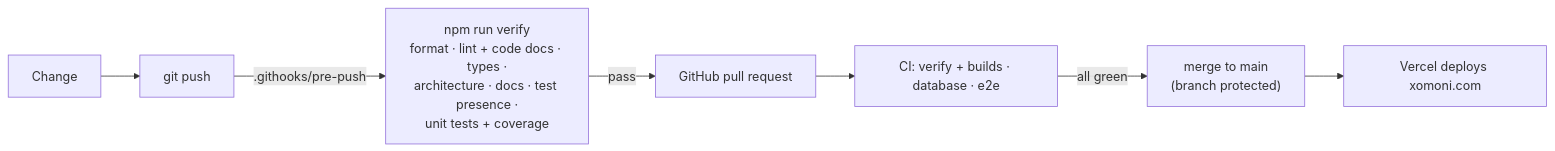
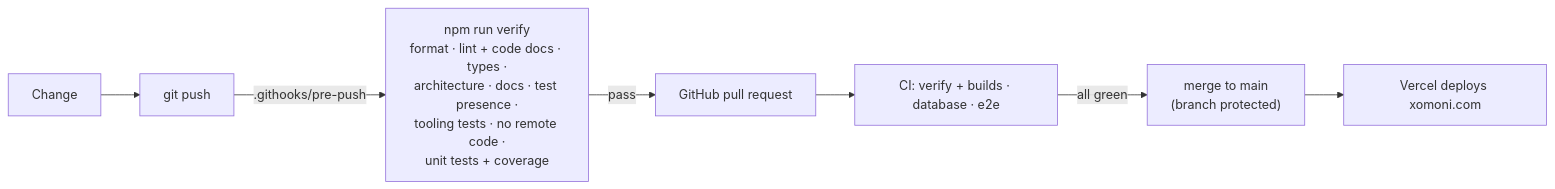
Before and after one commit to pirdehi/xomoni: the fifth of 5 diagrams in docs/ARCHITECTURE.md, drawn with Mermaid. The commit also changed other lines of this file and 28 other files, not shown here.

First line of the commit message:
Ready for the stores: permissions, no remote code, listing drafts and images (#301) (#309)

````diff
--- a/docs/ARCHITECTURE.md
+++ b/docs/ARCHITECTURE.md
@@ -286,9 +286,9 @@
 ```mermaid
 flowchart LR
   edit["Change"] --> push["git push"]
-  push -- ".githooks/pre-push" --> verify["npm run verify<br/>format · lint + code docs · types ·<br/>architecture · docs · test presence ·<br/>unit tests + coverage"]
+  push -- ".githooks/pre-push" --> verify["npm run verify<br/>format · lint + code docs · types ·<br/>architecture · docs · test presence ·<br/>tooling tests · no remote code ·<br/>unit tests + coverage"]
   verify -- pass --> gh["GitHub pull request"]
   gh --> ci["CI: verify + builds · database · e2e"]
   ci -- "all green" --> main["merge to main<br/>(branch protected)"]
   main --> vercel["Vercel deploys xomoni.com"]
 ```
````
